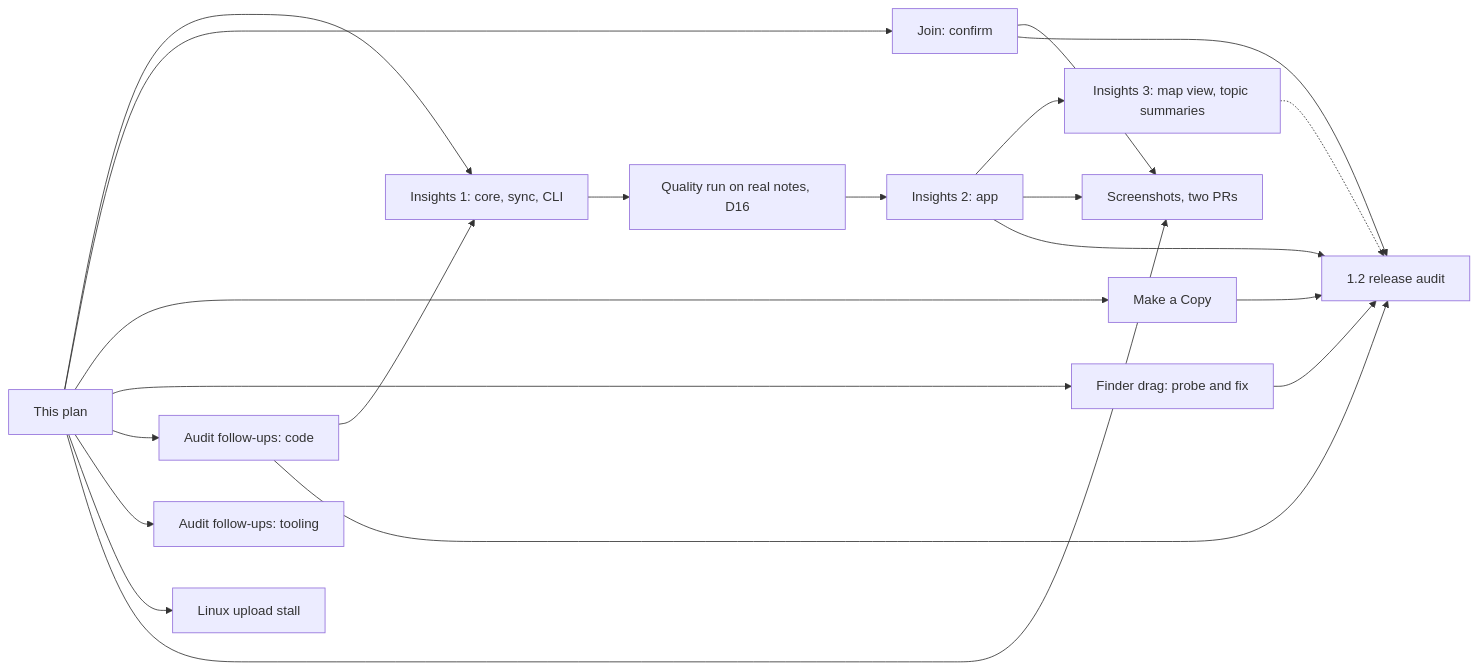
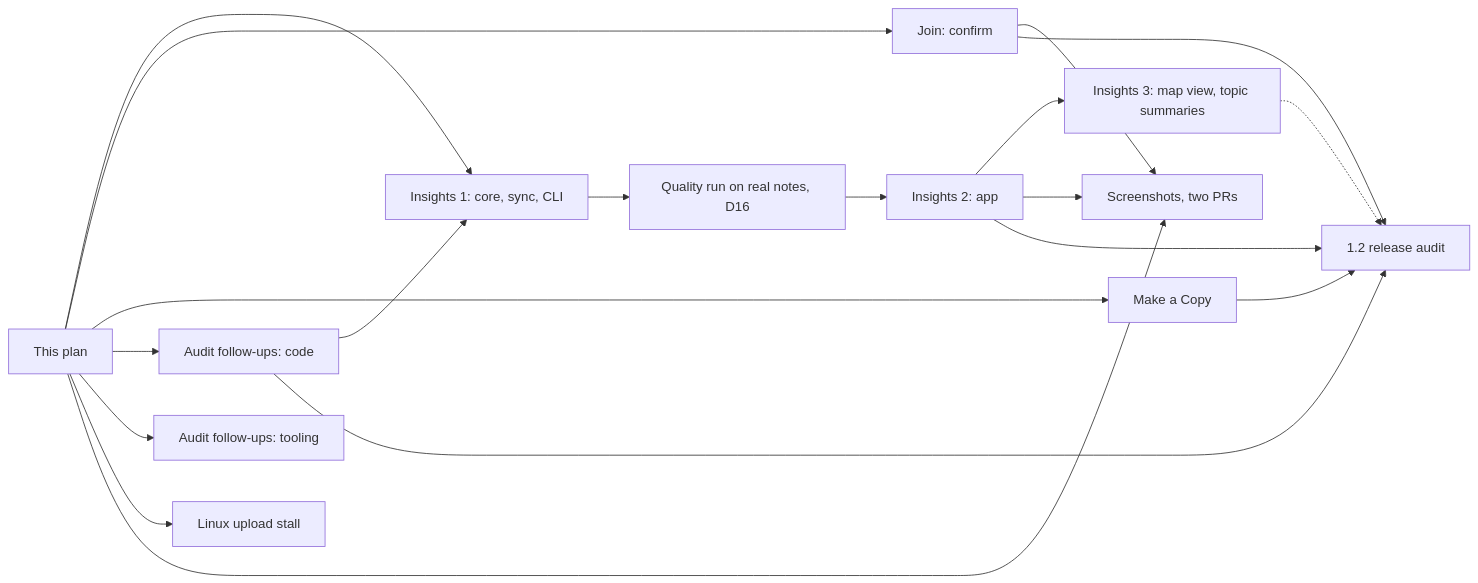
Before and after one commit to anthonytw/sempere: the diagram in docs/design/1.2-plan.md, drawn with Mermaid. The commit also changed other lines of this file and 55 other files, not shown here.

````diff
--- a/docs/design/1.2-plan.md
+++ b/docs/design/1.2-plan.md
@@ -34,23 +36,21 @@
 ```mermaid
 flowchart LR
   plan[This plan] --> ins1[Insights 1: core, sync, CLI]
   ins1 --> q[Quality run on real notes, D16]
   q --> ins2[Insights 2: app]
   ins2 --> ins3[Insights 3: map view, topic summaries]
   plan --> join[Join: confirm]
   plan --> copy[Make a Copy]
-  plan --> fix[Finder drag: probe and fix]
   plan --> hard1[Audit follow-ups: code]
   hard1 --> ins1
   plan --> hard2[Audit follow-ups: tooling]
   plan --> stall[Linux upload stall]
   plan --> shots[Screenshots, two PRs]
   ins2 --> shots
   join --> shots
   ins2 --> rel[1.2 release audit]
   join --> rel
   copy --> rel
-  fix --> rel
   hard1 --> rel
   ins3 -.-> rel
 ```
````
